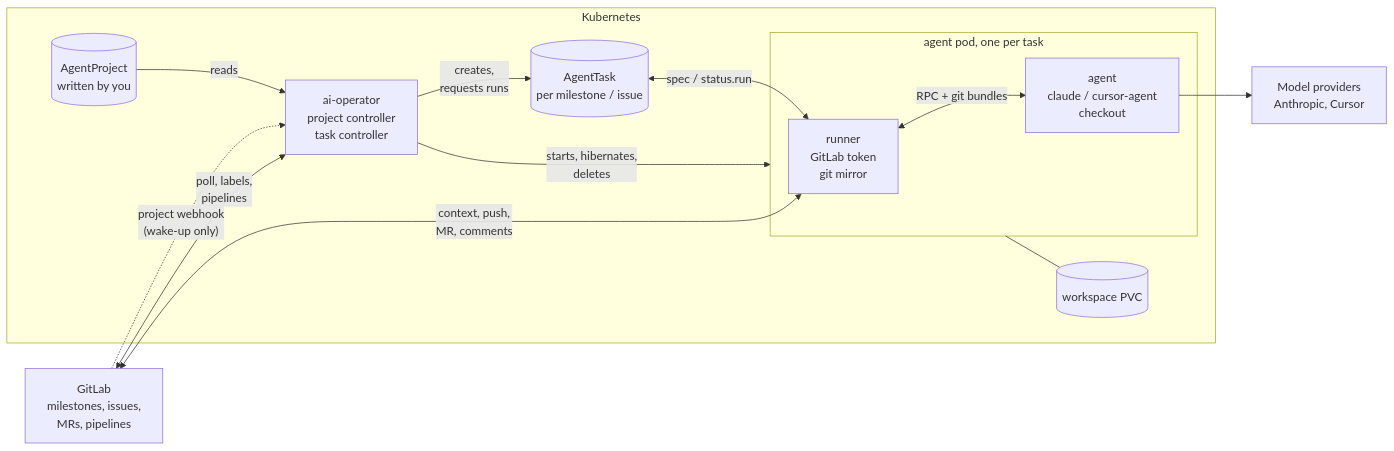
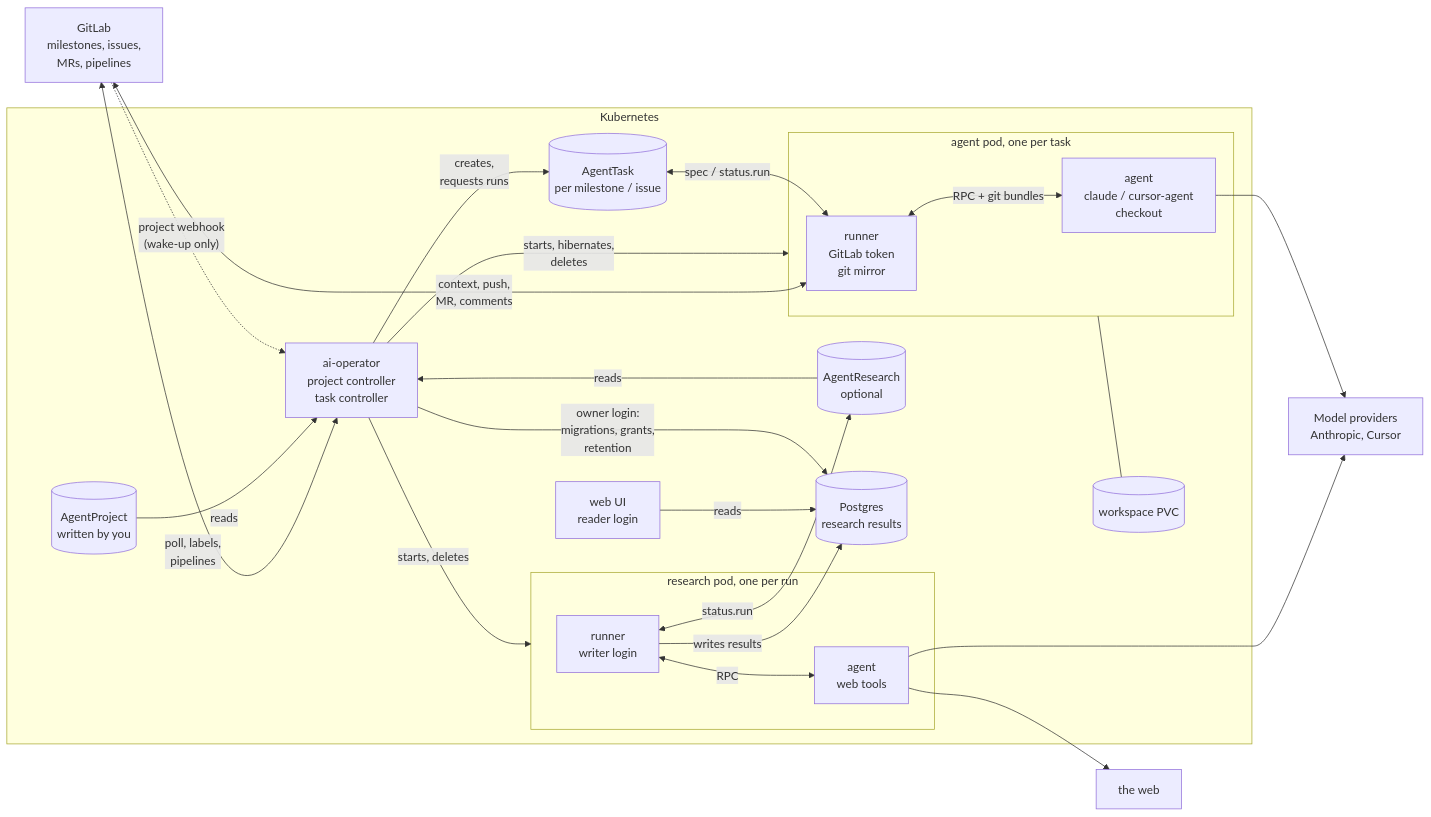
Before and after one commit to jonathanwiemers/ai-operator: the first of 8 diagrams in docs/design.md, drawn with Mermaid. The commit also changed other lines of this file and 5 other files, not shown here.

Commit message:
Docs reconcile: research.md, configuration.md, ui.md, design.md, chart README, delivery table

````diff
--- a/docs/design.md
+++ b/docs/design.md
@@ -15,28 +15,45 @@
 ```mermaid
 flowchart LR
     GL["GitLab<br/>milestones, issues,<br/>MRs, pipelines"]
 
     subgraph K8S["Kubernetes"]
         OP["ai-operator<br/>project controller<br/>task controller"]
         AP[("AgentProject<br/>written by you")]
         AT[("AgentTask<br/>per milestone / issue")]
         subgraph POD["agent pod, one per task"]
             RU["runner<br/>GitLab token<br/>git mirror"]
             AG["agent<br/>claude / cursor-agent<br/>checkout"]
         end
         PVC[("workspace PVC")]
+        AR[("AgentResearch<br/>optional")]
+        subgraph RPOD["research pod, one per run"]
+            RR["runner<br/>writer login"]
+            RA["agent<br/>web tools"]
+        end
+        PG[("Postgres<br/>research results")]
+        UI["web UI<br/>reader login"]
     end
 
     LLM["Model providers<br/>Anthropic, Cursor"]
+    WEB["the web"]
 
     OP <-->|"poll, labels,<br/>pipelines"| GL
     GL -.->|"project webhook<br/>(wake-up only)"| OP
     AP -->|reads| OP
     OP -->|"creates,<br/>requests runs"| AT
     OP -->|"starts, hibernates,<br/>deletes"| POD
     AT <-->|"spec / status.run"| RU
     RU <-->|"context, push,<br/>MR, comments"| GL
     RU <-->|"RPC + git bundles"| AG
     AG --> LLM
     POD --- PVC
+    AR -->|reads| OP
+    OP -->|"starts, deletes"| RPOD
+    OP -->|"owner login:<br/>migrations, grants,<br/>retention"| PG
+    RR <-->|"status.run"| AR
+    RR -->|"writes results"| PG
+    RR <-->|RPC| RA
+    RA --> LLM
+    RA --> WEB
+    UI -->|"reads"| PG
 ```
````
